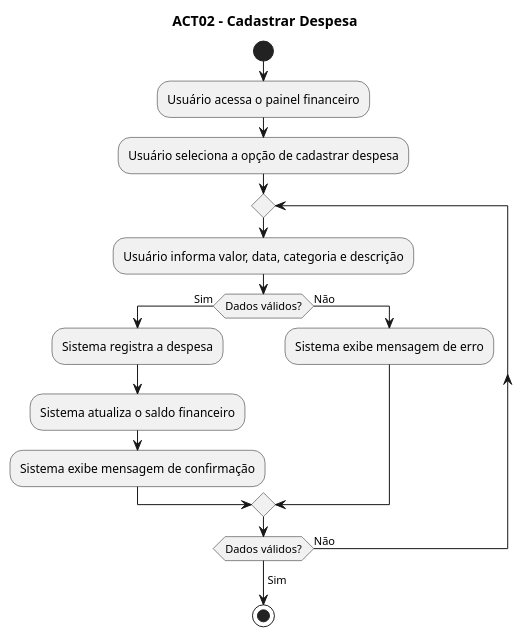
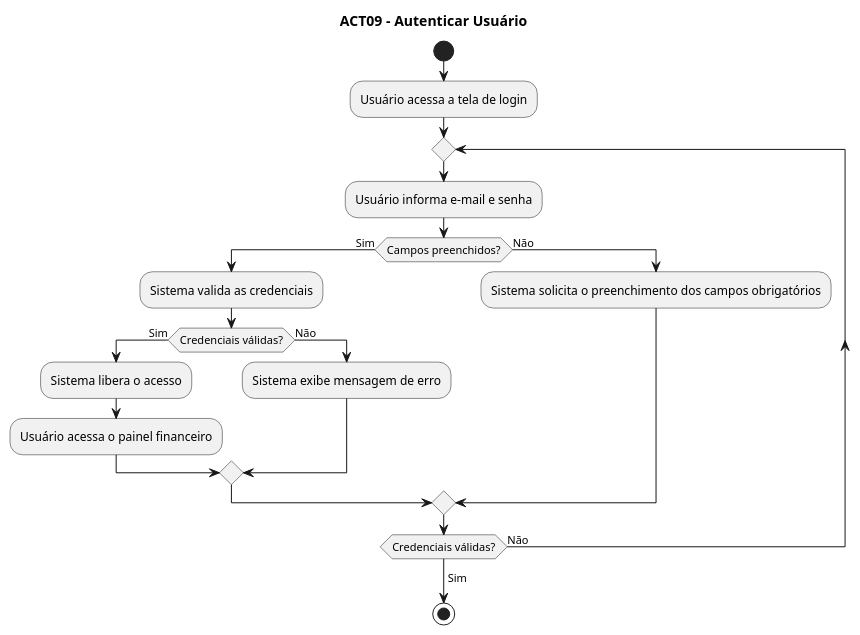
One commit to Nathan-Edu/Financa-Facil changed the diagram in docs/modelagem/atividades/cadastrar-despesa.puml. Above: the diagram before and after it, drawn with PlantUML.

Commit message:
Refactor flow for user authentication process

```diff
--- a/docs/modelagem/atividades/cadastrar-despesa.puml
+++ b/docs/modelagem/atividades/cadastrar-despesa.puml
@@ -1,26 +1,31 @@
 @startuml
 
-title ACT02 - Cadastrar Despesa
+title ACT09 - Autenticar Usuário
 
 start
 
-:Usuário acessa o painel financeiro;
-:Usuário seleciona a opção de cadastrar despesa;
+:Usuário acessa a tela de login;
 
 repeat
-  :Usuário informa valor, data, categoria e descrição;
+  :Usuário informa e-mail e senha;
 
-  if (Dados válidos?) then (Sim)
-    :Sistema registra a despesa;
-    :Sistema atualiza o saldo financeiro;
-    :Sistema exibe mensagem de confirmação;
+  if (Campos preenchidos?) then (Sim)
+    :Sistema valida as credenciais;
+
+    if (Credenciais válidas?) then (Sim)
+      :Sistema libera o acesso;
+      :Usuário acessa o painel financeiro;
+    else (Não)
+      :Sistema exibe mensagem de erro;
+    endif
+
   else (Não)
-    :Sistema exibe mensagem de erro;
+    :Sistema solicita o preenchimento dos campos obrigatórios;
   endif
 
-repeat while (Dados válidos?) is (Não)
+repeat while (Credenciais válidas?) is (Não)
 -> Sim;
 
 stop
 
 @enduml
```
